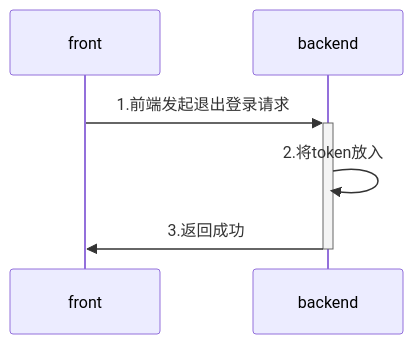
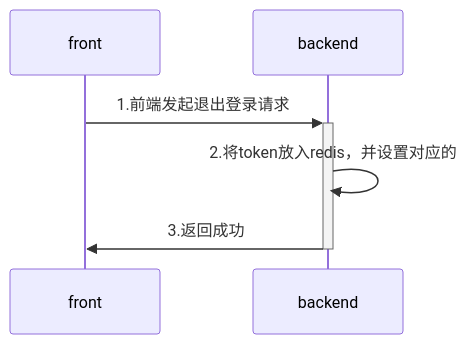
The diagram in all/未命名-4.md (yingjianzh/iodraw-files), drawn with Mermaid before and after one commit.

Commit message:
2024-08-05 11:21:20 update

````diff
--- a/all/未命名-4.md
+++ b/all/未命名-4.md
@@ -1,7 +1,7 @@
 ```mermaid
 sequenceDiagram
     front->>+backend: 1.前端发起退出登录请求
-    backend->>backend: 2.将token放入
+    backend->>backend: 2.将token放入redis，并设置对应的
     backend->>-front: 3.返回成功
    
 ```
````
